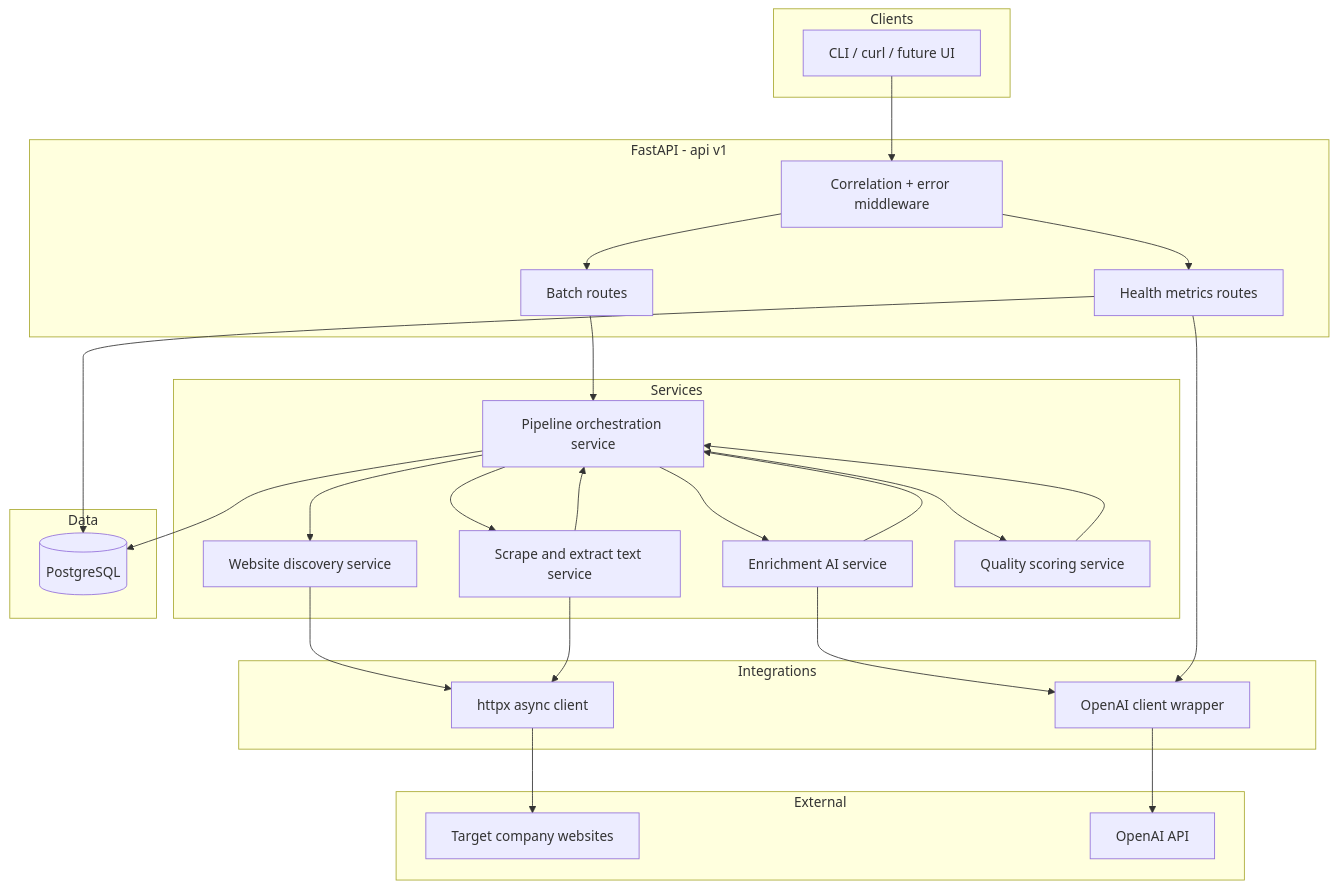
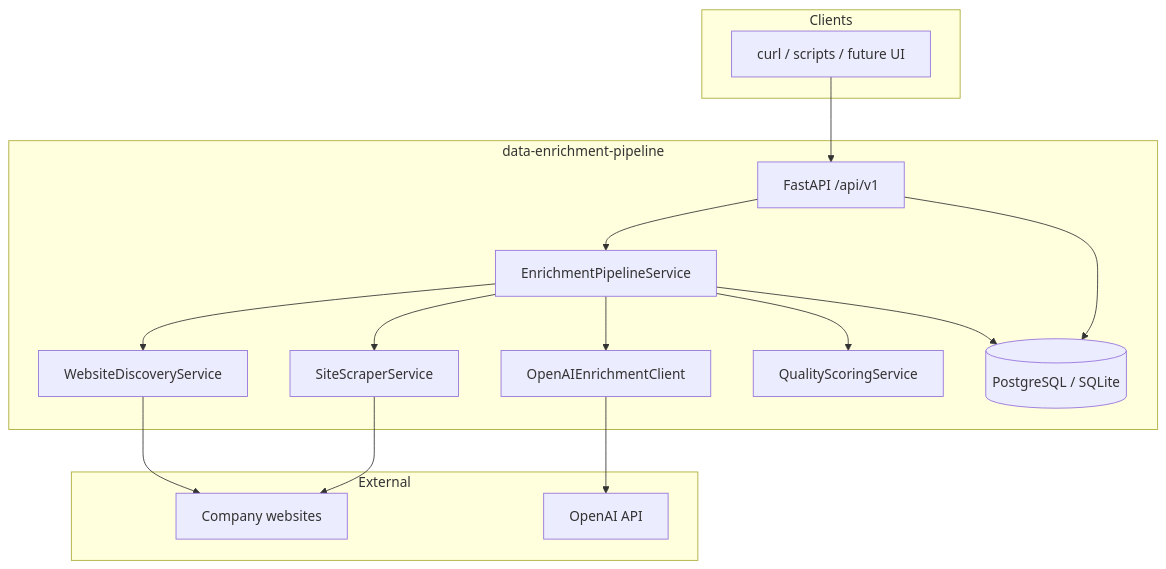
The first of 2 diagrams in docs/architecture.md (afras23/data-enrichment-pipeline), drawn with Mermaid before and after one commit. The commit also changed other lines of this file and 9 other files, not shown here.

Commit message:
docs: add case study README, architecture, ADRs, and runbook

````diff
--- a/docs/architecture.md
+++ b/docs/architecture.md
@@ -16,53 +16,33 @@
 ```mermaid
 flowchart TB
     subgraph clients [Clients]
-        CLI[CLI / curl / future UI]
+        C[curl / scripts / future UI]
     end
 
-    subgraph api [FastAPI - api v1]
-        MW[Correlation + error middleware]
-        R_Batch[Batch routes]
-        R_Health[Health metrics routes]
-    end
-
-    subgraph services [Services]
-        PS[Pipeline orchestration service]
-        WD[Website discovery service]
-        SC[Scrape and extract text service]
-        AI[Enrichment AI service]
-        QS[Quality scoring service]
-    end
-
-    subgraph integrations [Integrations]
-        HTTP[httpx async client]
-        OAI[OpenAI client wrapper]
-    end
-
-    subgraph data [Data]
-        PG[(PostgreSQL)]
+    subgraph svc [data-enrichment-pipeline]
+        API[FastAPI /api/v1]
+        PS[EnrichmentPipelineService]
+        WD[WebsiteDiscoveryService]
+        SC[SiteScraperService]
+        AI[OpenAIEnrichmentClient]
+        QS[QualityScoringService]
+        DB[(PostgreSQL / SQLite)]
     end
 
     subgraph external [External]
-        WEB[Target company websites]
-        OAPI[OpenAI API]
+        WEB[Company websites]
+        OAI[OpenAI API]
     end
 
-    CLI --> MW --> R_Batch
-    MW --> R_Health
-    R_Batch --> PS
+    C --> API
+    API --> PS
     PS --> WD
-    WD --> HTTP
-    HTTP --> WEB
+    WD --> WEB
     PS --> SC
-    SC --> HTTP
-    SC --> PS
+    SC --> WEB
     PS --> AI
     AI --> OAI
-    OAI --> OAPI
-    AI --> PS
     PS --> QS
-    QS --> PS
-    PS --> PG
-    R_Health --> PG
-    R_Health --> OAI
+    PS --> DB
+    API --> DB
 ```
````
